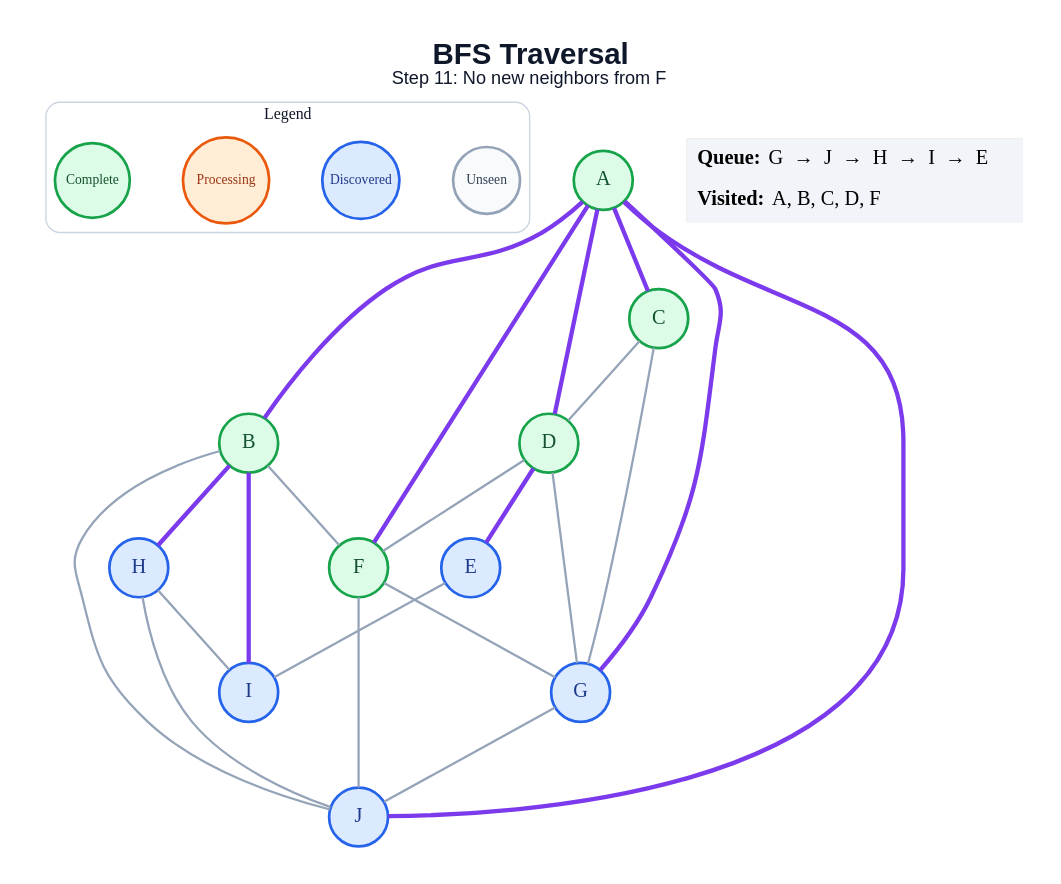
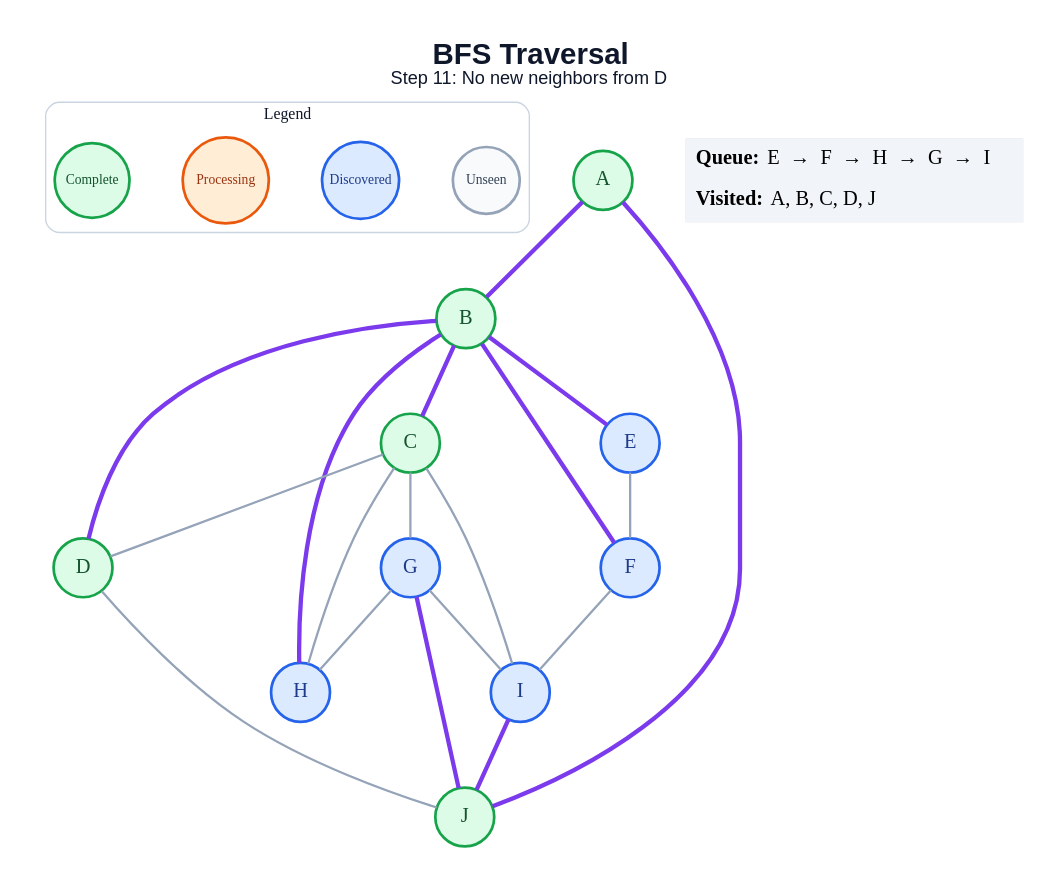
The diagram in generated/bfs/step_11.dot (anon7238593-create/ai-slop), drawn with Graphviz before and after one commit. The commit also changed 178 other files, not shown here.

```diff
--- a/generated/bfs/step_11.dot
+++ b/generated/bfs/step_11.dot
@@ -1,50 +1,47 @@
 graph traversal {
   graph [layout=dot, rankdir=TB, bgcolor="#FFFFFF", pad="0.35", nodesep="0.65", ranksep="0.8", fontname="Arial"];
   node [shape=circle, style="filled", fontname="Arial Bold", fontsize=18, width=0.72, fixedsize=true, penwidth=2.4];
   edge [color="#94A3B8", penwidth=2.0];
-  label=<<B>BFS Traversal</B><BR/><FONT POINT-SIZE="16">Step 11: No new neighbors from F</FONT>>; labelloc="t"; fontsize=26; fontname="Arial"; fontcolor="#0F172A";
+  label=<<B>BFS Traversal</B><BR/><FONT POINT-SIZE="16">Step 11: No new neighbors from D</FONT>>; labelloc="t"; fontsize=26; fontname="Arial"; fontcolor="#0F172A";
   subgraph cluster_legend { label="Legend"; color="#CBD5E1"; penwidth=1.2; style="rounded"; fontsize=14; fontname="Arial Bold";
     key_unseen [label="Unseen", fillcolor="#F8FAFC", color="#94A3B8", fontcolor="#334155", fontsize=12, width=0.82];
     key_frontier [label="Discovered", fillcolor="#DBEAFE", color="#2563EB", fontcolor="#1E3A8A", fontsize=12, width=0.95];
     key_current [label="Processing", fillcolor="#FFEDD5", color="#EA580C", fontcolor="#9A3412", fontsize=12, width=1.05];
     key_done [label="Complete", fillcolor="#DCFCE7", color="#16A34A", fontcolor="#14532D", fontsize=12, width=0.92];
     { rank=same; key_unseen; key_frontier; key_current; key_done; }
   }
   A [fillcolor="#DCFCE7", color="#16A34A", fontcolor="#14532D"];
   B [fillcolor="#DCFCE7", color="#16A34A", fontcolor="#14532D"];
   C [fillcolor="#DCFCE7", color="#16A34A", fontcolor="#14532D"];
   D [fillcolor="#DCFCE7", color="#16A34A", fontcolor="#14532D"];
   E [fillcolor="#DBEAFE", color="#2563EB", fontcolor="#1E3A8A"];
-  F [fillcolor="#DCFCE7", color="#16A34A", fontcolor="#14532D"];
+  F [fillcolor="#DBEAFE", color="#2563EB", fontcolor="#1E3A8A"];
   G [fillcolor="#DBEAFE", color="#2563EB", fontcolor="#1E3A8A"];
   H [fillcolor="#DBEAFE", color="#2563EB", fontcolor="#1E3A8A"];
   I [fillcolor="#DBEAFE", color="#2563EB", fontcolor="#1E3A8A"];
-  J [fillcolor="#DBEAFE", color="#2563EB", fontcolor="#1E3A8A"];
+  J [fillcolor="#DCFCE7", color="#16A34A", fontcolor="#14532D"];
   A -- B [color="#7C3AED", penwidth=3.8];
-  A -- C [color="#7C3AED", penwidth=3.8];
-  A -- D [color="#7C3AED", penwidth=3.8];
-  A -- F [color="#7C3AED", penwidth=3.8];
-  A -- G [color="#7C3AED", penwidth=3.8];
   A -- J [color="#7C3AED", penwidth=3.8];
-  B -- F;
+  B -- C [color="#7C3AED", penwidth=3.8];
+  B -- D [color="#7C3AED", penwidth=3.8];
+  B -- E [color="#7C3AED", penwidth=3.8];
+  B -- F [color="#7C3AED", penwidth=3.8];
   B -- H [color="#7C3AED", penwidth=3.8];
-  B -- I [color="#7C3AED", penwidth=3.8];
-  B -- J;
   C -- D;
   C -- G;
-  D -- E [color="#7C3AED", penwidth=3.8];
-  D -- F;
-  D -- G;
-  E -- I;
-  F -- G;
-  F -- J;
-  G -- J;
-  H -- I;
-  H -- J;
+  C -- H;
+  C -- I;
+  D -- J;
+  E -- F;
+  F -- I;
+  G -- H;
+  G -- I;
+  G -- J [color="#7C3AED", penwidth=3.8];
+  I -- J [color="#7C3AED", penwidth=3.8];
   status [shape=plain, fixedsize=false, width=0, height=0, margin=0, label=<
     <TABLE BORDER="0" CELLBORDER="0" CELLPADDING="7" BGCOLOR="#F1F5F9">
-      <TR><TD ALIGN="LEFT"><B>Queue:</B> G  →  J  →  H  →  I  →  E</TD></TR>
-      <TR><TD ALIGN="LEFT"><B>Visited:</B> A, B, C, D, F</TD></TR>
+      <TR><TD ALIGN="LEFT"><B>Queue:</B> E  →  F  →  H  →  G  →  I</TD></TR>
+      <TR><TD ALIGN="LEFT"><B>Visited:</B> A, B, C, D, J</TD></TR>
     </TABLE>
   >];
 }
```
